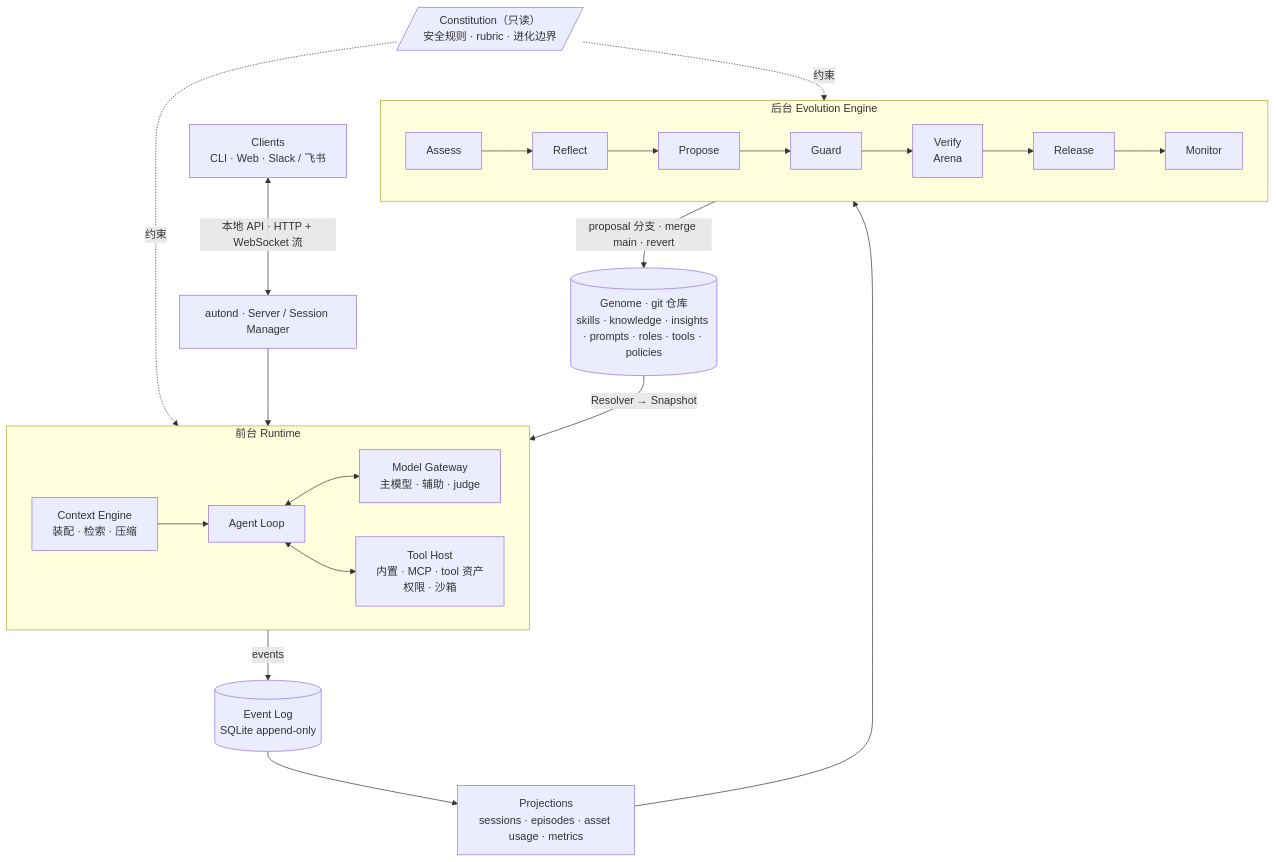
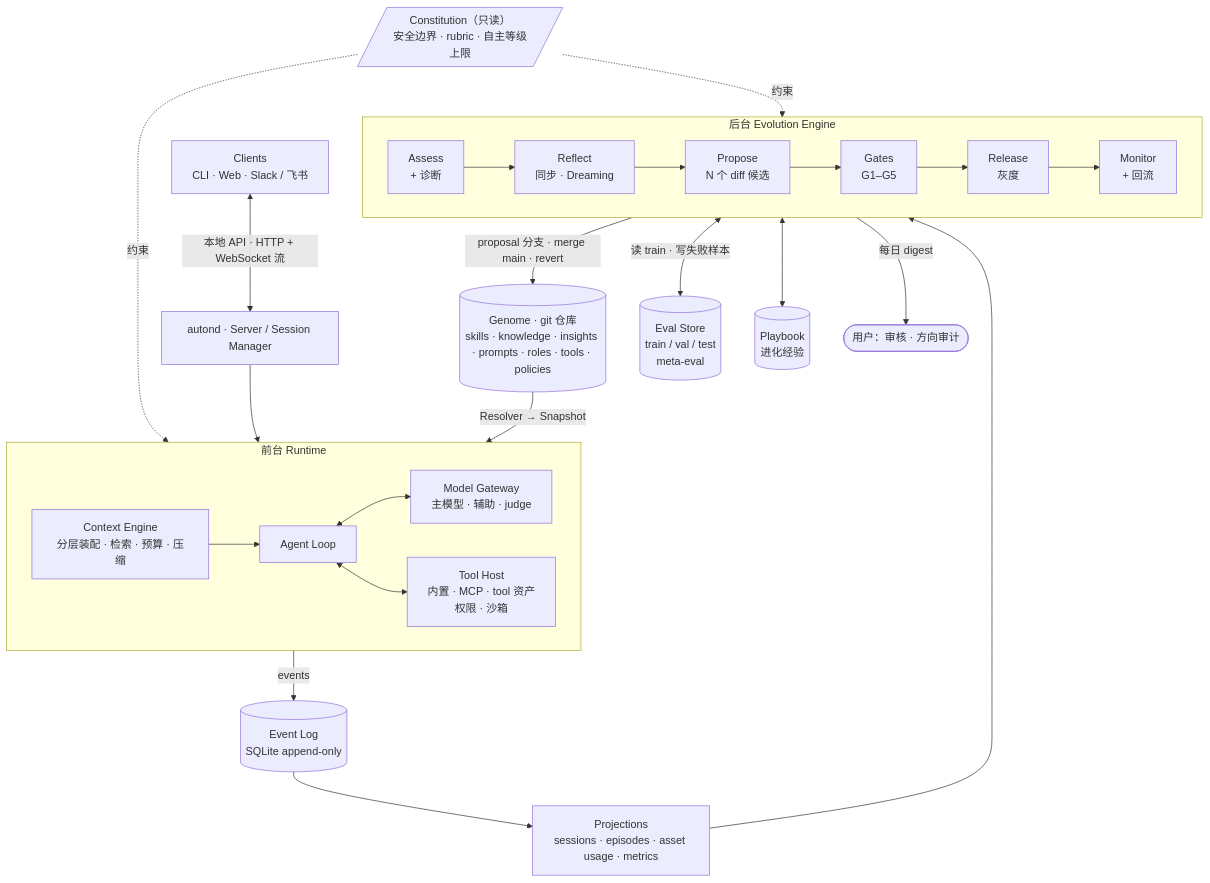
Before and after one commit to LB-Young/Auton: the first of 12 diagrams in docs/self-evolution-architecture.md, drawn with Mermaid. The commit also changed other lines of this file, not shown here.

````diff
--- a/docs/self-evolution-architecture.md
+++ b/docs/self-evolution-architecture.md
@@ -38,23 +52,26 @@
 ```mermaid
 flowchart TB
   CL["Clients<br/>CLI · Web · Slack / 飞书"] <-->|"本地 API · HTTP + WebSocket 流"| API["autond · Server / Session Manager"]
   API --> RT
   subgraph RT["前台 Runtime"]
     direction LR
-    CE["Context Engine<br/>装配 · 检索 · 压缩"] --> LOOP["Agent Loop"]
+    CE["Context Engine<br/>分层装配 · 检索 · 预算 · 压缩"] --> LOOP["Agent Loop"]
     LOOP <--> MG["Model Gateway<br/>主模型 · 辅助 · judge"]
     LOOP <--> TH["Tool Host<br/>内置 · MCP · tool 资产<br/>权限 · 沙箱"]
   end
   RT -->|"events"| LOG[("Event Log<br/>SQLite append-only")]
   LOG --> PJ["Projections<br/>sessions · episodes · asset usage · metrics"]
   PJ --> EV
   subgraph EV["后台 Evolution Engine"]
     direction LR
-    AS["Assess"] --> RF["Reflect"] --> PR["Propose"] --> GD["Guard"] --> VF["Verify<br/>Arena"] --> RL["Release"] --> MO["Monitor"]
+    AS["Assess<br/>+ 诊断"] --> RF["Reflect<br/>同步 · Dreaming"] --> PR["Propose<br/>N 个 diff 候选"] --> GT["Gates<br/>G1–G5"] --> RL["Release<br/>灰度"] --> MO["Monitor<br/>+ 回流"]
   end
   EV -->|"proposal 分支 · merge main · revert"| G[("Genome · git 仓库<br/>skills · knowledge · insights · prompts · roles · tools · policies")]
   G -->|"Resolver → Snapshot"| RT
-  CON[/"Constitution（只读）<br/>安全规则 · rubric · 进化边界"/]
+  EV <-->|"读 train · 写失败样本"| ES[("Eval Store<br/>train / val / test<br/>meta-eval")]
+  EV <--> PB[("Playbook<br/>进化经验")]
+  EV -->|"每日 digest"| HU(["用户：审核 · 方向审计"])
+  CON[/"Constitution（只读）<br/>安全边界 · rubric · 自主等级上限"/]
   CON -.->|约束| RT
   CON -.->|约束| EV
 ```
````
